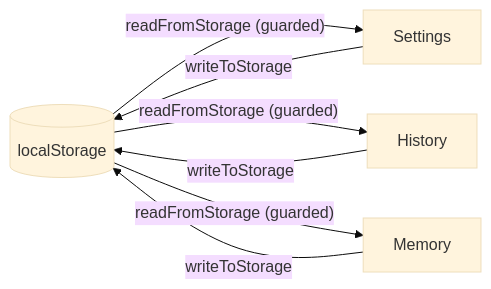
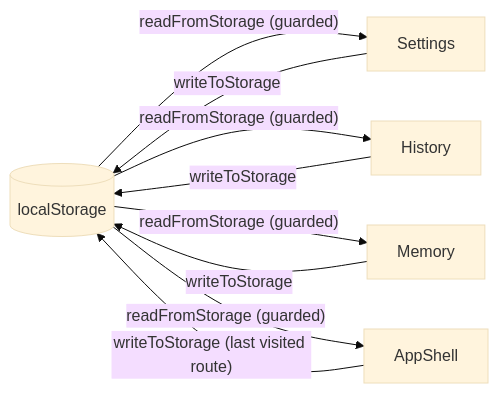
One commit to Nasirsayyed/Calculator-in-ReactJs changed the third of 3 diagrams in README.md. Above: the diagram before and after it, drawn with Mermaid (base theme). The commit also changed other lines of this file and 62 other files, not shown here.

````diff
--- a/README.md
+++ b/README.md
@@ -146,8 +158,9 @@
 ```mermaid
 flowchart LR
   LS[(localStorage)]
-  LS -- "readFromStorage (guarded)" --> Settings & History & Memory
+  LS -- "readFromStorage (guarded)" --> Settings & History & Memory & AppShell
   Settings -- "writeToStorage" --> LS
   History -- "writeToStorage" --> LS
   Memory -- "writeToStorage" --> LS
+  AppShell -- "writeToStorage (last visited route)" --> LS
 ```
````
